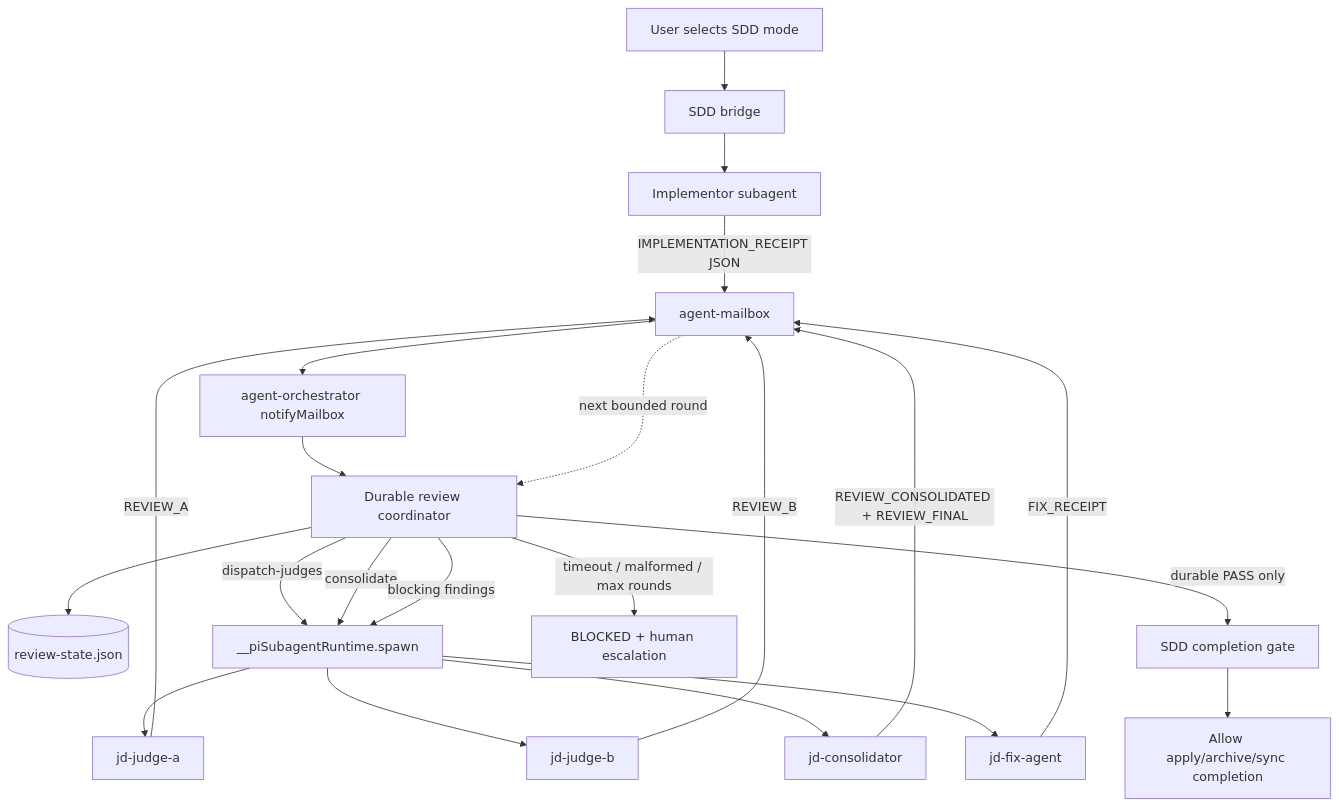
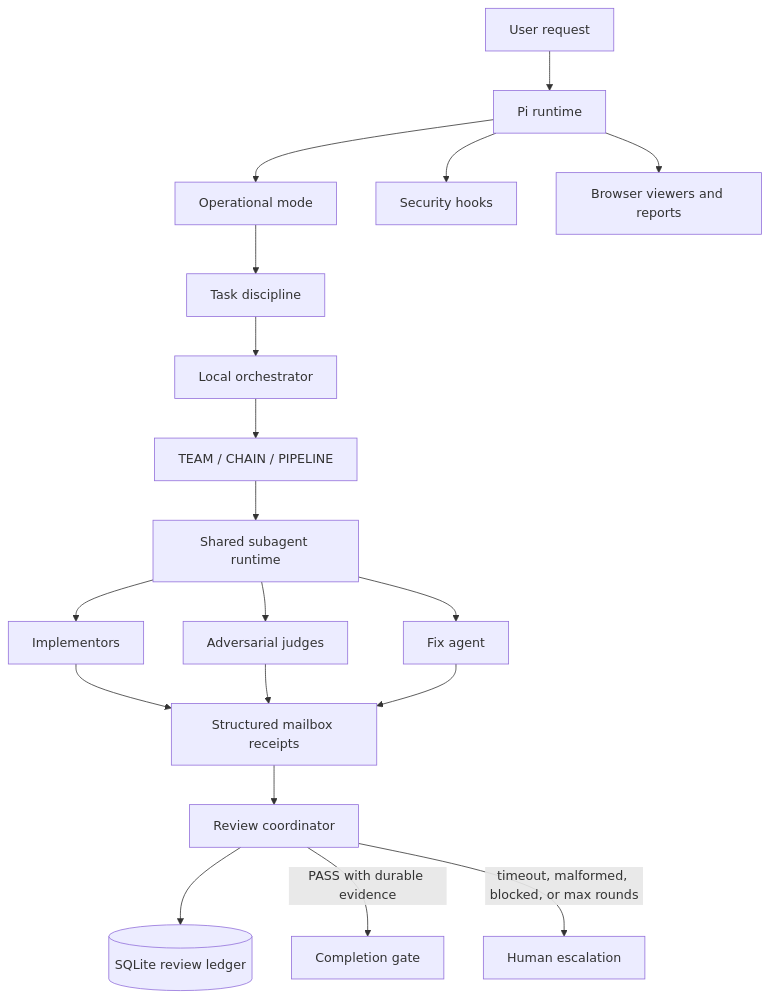
One commit to alexadhy/agent-pi changed the first of 2 diagrams in README.md. Above: the diagram before and after it, drawn with Mermaid. The commit also changed other lines of this file and 28 other files, not shown here.

````diff
--- a/README.md
+++ b/README.md
@@ -222,28 +25,24 @@
 ```mermaid
 flowchart TD
-    U[User selects SDD mode] --> S[SDD bridge]
-    S --> I[Implementor subagent]
-    I -->|IMPLEMENTATION_RECEIPT JSON| M[agent-mailbox]
-    M --> O[agent-orchestrator notifyMailbox]
-    O --> C[Durable review coordinator]
-    C --> L[(review-state.json)]
+    U[User request] --> P[Pi runtime]
+    P --> M[Operational mode]
+    M --> T[Task discipline]
+    T --> O[Local orchestrator]
 
-    C -->|dispatch-judges| R[__piSubagentRuntime.spawn]
-    R --> A[jd-judge-a]
-    R --> B[jd-judge-b]
-    A -->|REVIEW_A| M
-    B -->|REVIEW_B| M
+    O --> W[TEAM / CHAIN / PIPELINE]
+    W --> R[Shared subagent runtime]
+    R --> A[Implementors]
+    R --> J[Adversarial judges]
+    R --> F[Fix agent]
 
-    C -->|consolidate| R
-    R --> K[jd-consolidator]
-    K -->|REVIEW_CONSOLIDATED + REVIEW_FINAL| M
+    A --> MB[Structured mailbox receipts]
+    J --> MB
+    F --> MB
+    MB --> C[Review coordinator]
+    C --> DB[(SQLite review ledger)]
+    C -->|PASS with durable evidence| G[Completion gate]
+    C -->|timeout, malformed, blocked, or max rounds| H[Human escalation]
 
-    C -->|blocking findings| R
-    R --> F[jd-fix-agent]
-    F -->|FIX_RECEIPT| M
-    M -. next bounded round .-> C
-
-    C -->|durable PASS only| G[SDD completion gate]
-    C -->|timeout / malformed / max rounds| X[BLOCKED + human escalation]
-    G --> E[Allow apply/archive/sync completion]
+    P --> S[Security hooks]
+    P --> V[Browser viewers and reports]
 ```
````
